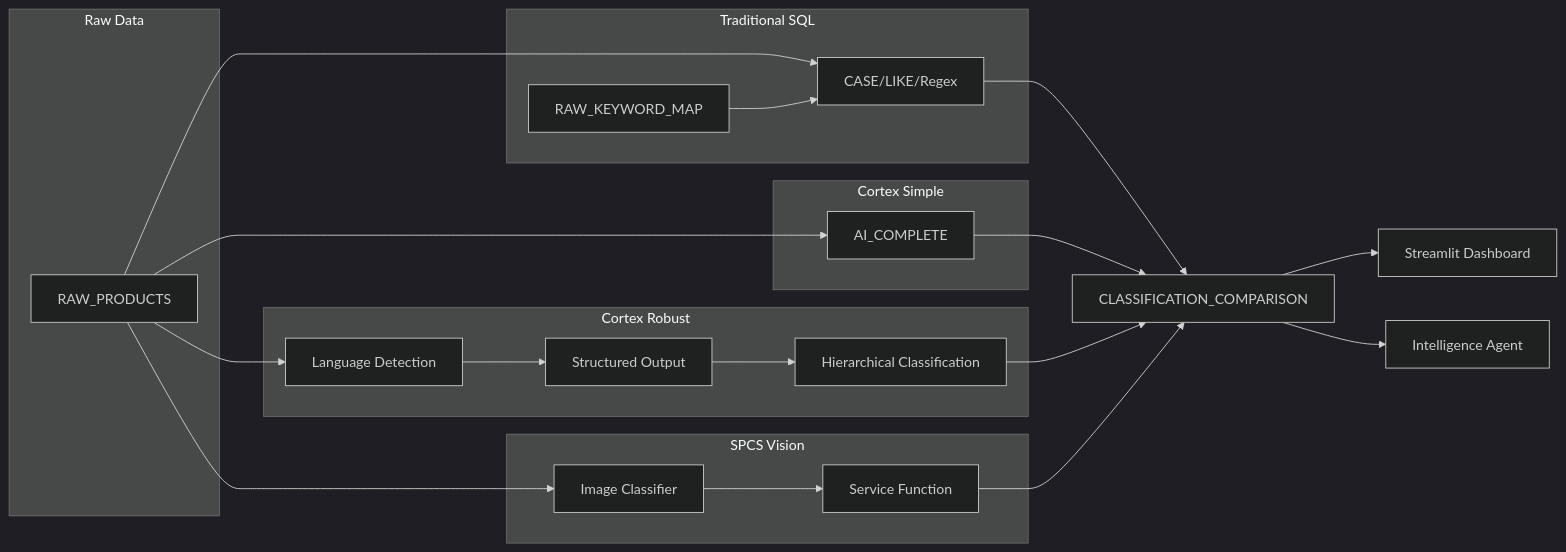
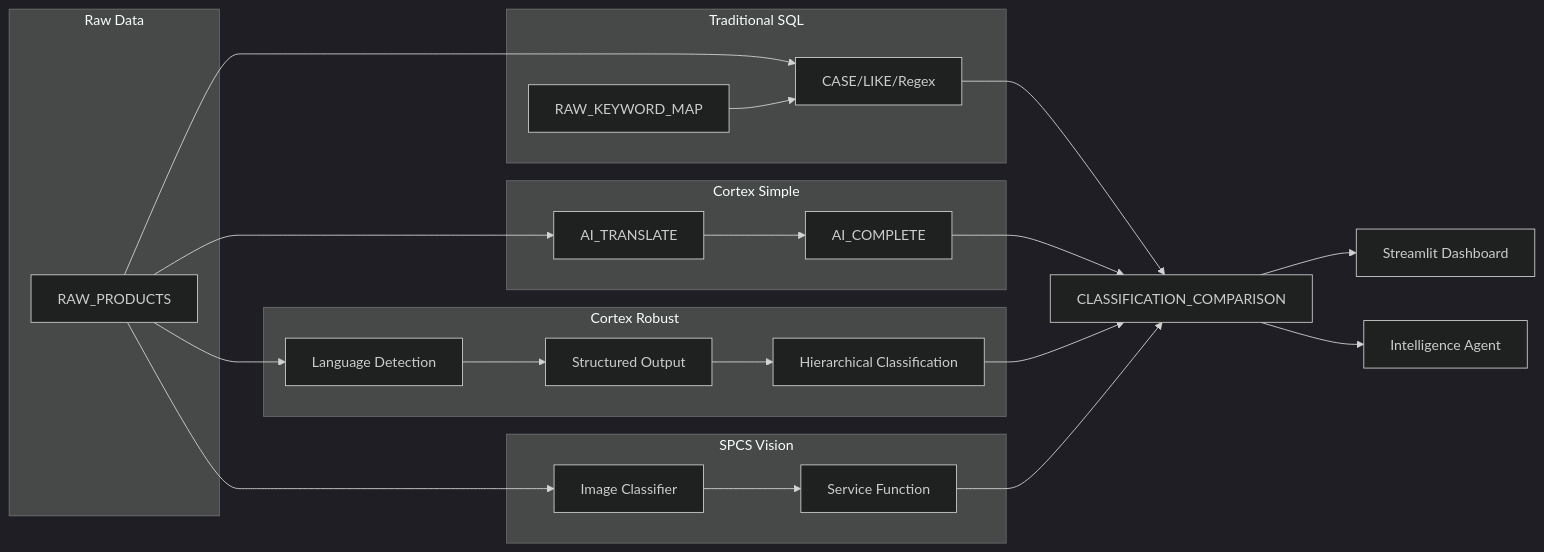
One commit to sfc-gh-miwhitaker/sfe-public changed the second of 2 diagrams in demo-cortex-product-classification/README.md. Above: the diagram before and after it, drawn with Mermaid (dark theme). The commit also changed other lines of this file and 23 other files, not shown here.

````diff
--- a/demo-cortex-product-classification/README.md
+++ b/demo-cortex-product-classification/README.md
@@ -88,40 +88,41 @@
 ```mermaid
 flowchart LR
     subgraph data [Raw Data]
         Products[RAW_PRODUCTS]
     end
 
     subgraph traditional [Traditional SQL]
         Keywords[RAW_KEYWORD_MAP]
         CaseLogic[CASE/LIKE/Regex]
     end
 
     subgraph cortexSimple [Cortex Simple]
+        Translate[AI_TRANSLATE]
         Complete1[AI_COMPLETE]
     end
 
     subgraph cortexRobust [Cortex Robust]
         LangDetect[Language Detection]
         StructOut[Structured Output]
         Hierarchy[Hierarchical Classification]
     end
 
     subgraph spcsVision [SPCS Vision]
         Container[Image Classifier]
         ServiceFn[Service Function]
     end
 
     Products --> CaseLogic
     Keywords --> CaseLogic
-    Products --> Complete1
+    Products --> Translate --> Complete1
     Products --> LangDetect --> StructOut --> Hierarchy
     Products --> Container --> ServiceFn
 
     CaseLogic --> Compare[CLASSIFICATION_COMPARISON]
     Complete1 --> Compare
     Hierarchy --> Compare
     ServiceFn --> Compare
 
     Compare --> Dashboard[Streamlit Dashboard]
     Compare --> Agent[Intelligence Agent]
 ```
````
